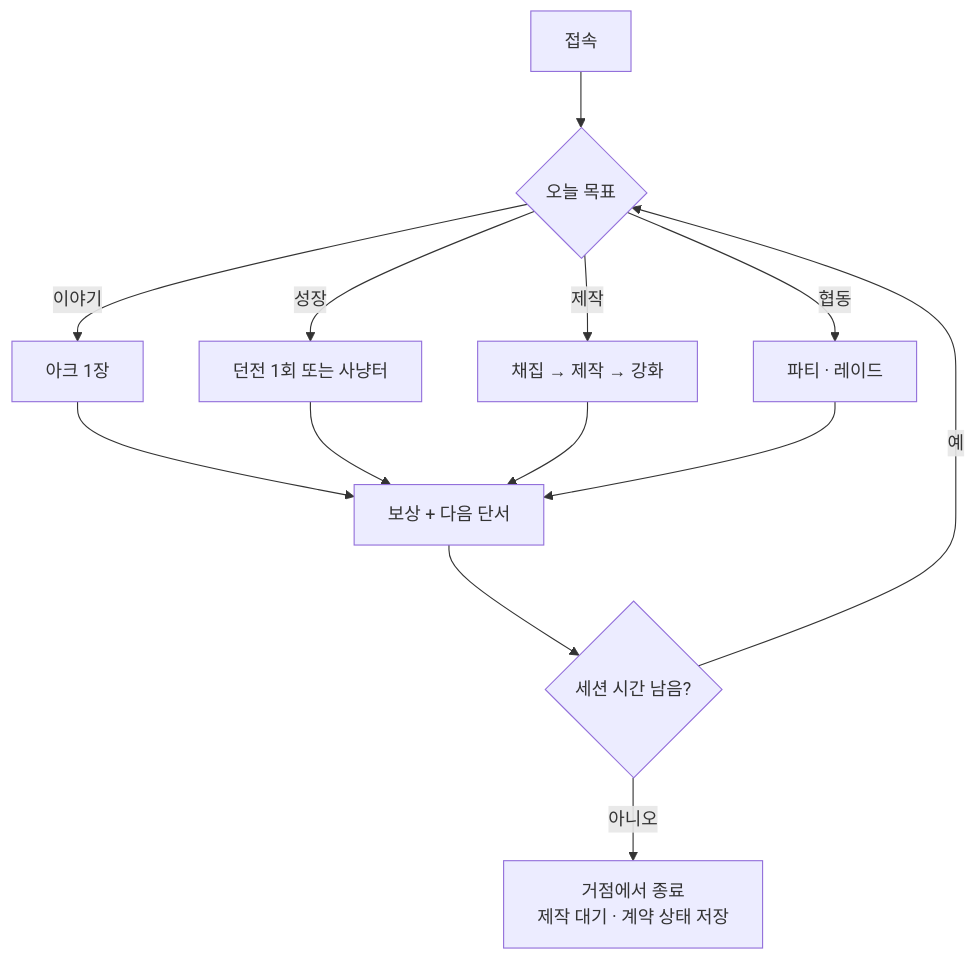
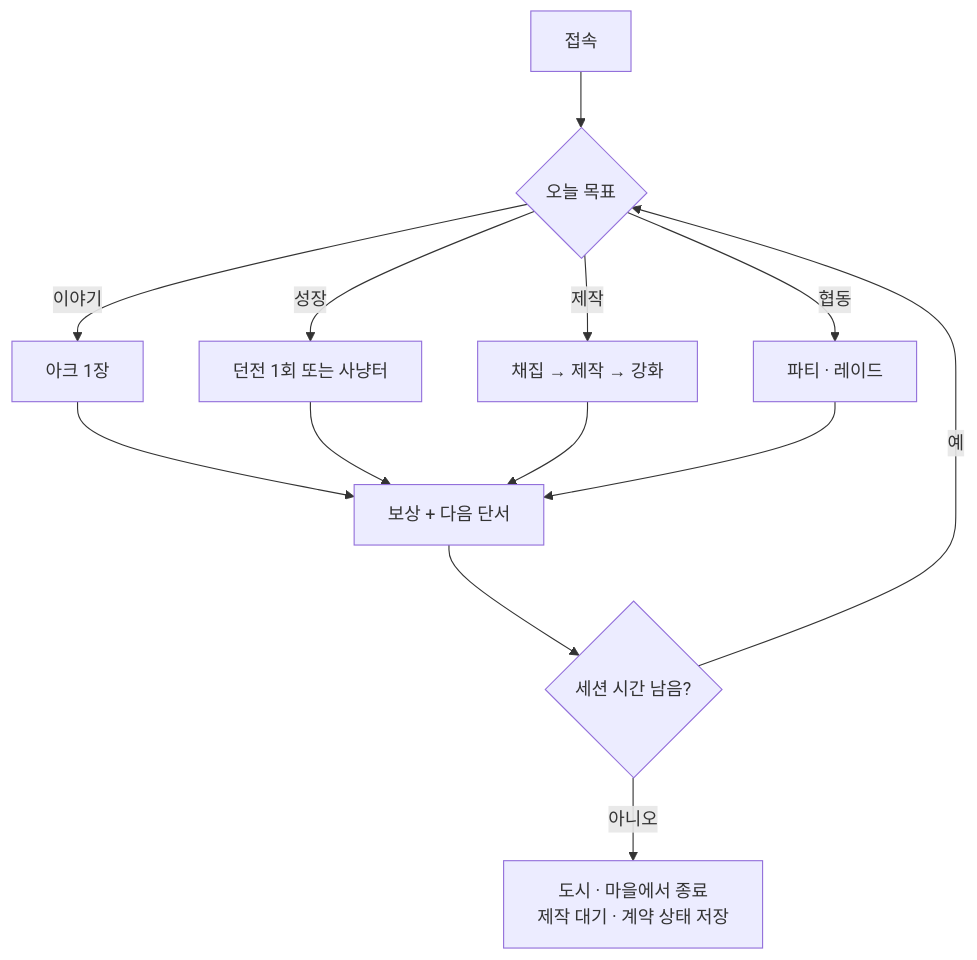
Before and after one commit to Armgimozi/nai-cg-maker: the second of 5 diagrams in design/02_concept.md, drawn with Mermaid. The commit also changed other lines of this file and 8 other files, not shown here.

````diff
--- a/design/02_concept.md
+++ b/design/02_concept.md
@@ -119,15 +119,15 @@
 ```mermaid
 flowchart TD
     S[접속] --> T{오늘 목표}
     T -->|이야기| U[아크 1장]
     T -->|성장| V[던전 1회 또는 사냥터]
     T -->|제작| W[채집 → 제작 → 강화]
     T -->|협동| X[파티 · 레이드]
     U --> Y[보상 + 다음 단서]
     V --> Y
     W --> Y
     X --> Y
     Y --> Z{세션 시간 남음?}
     Z -->|예| T
-    Z -->|아니오| END[거점에서 종료<br/>제작 대기 · 계약 상태 저장]
+    Z -->|아니오| END[도시 · 마을에서 종료<br/>제작 대기 · 계약 상태 저장]
 ```
````
